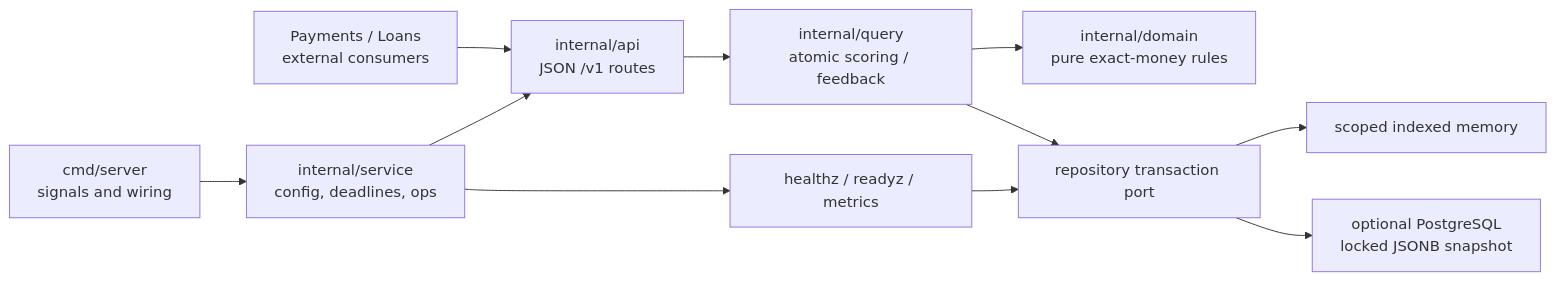
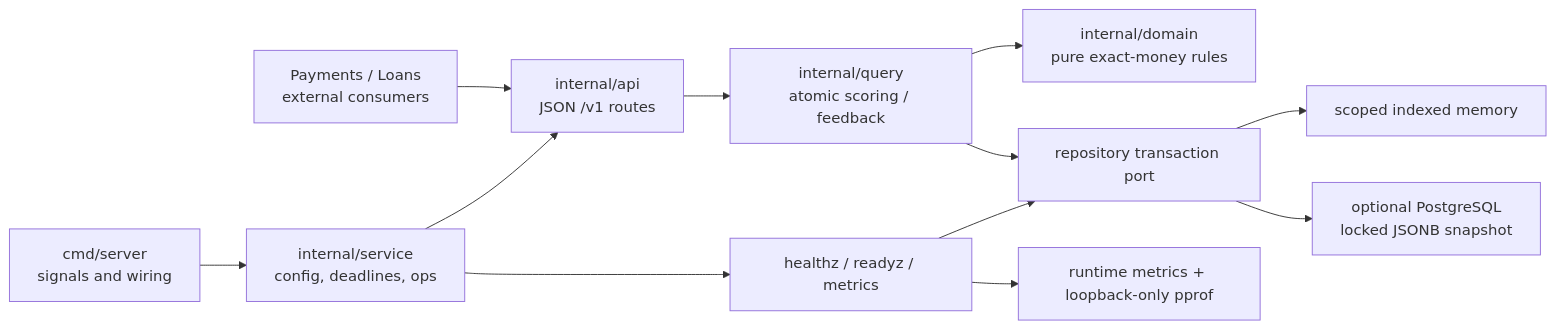
One commit to TuanKietTran/fraud-detection-go changed the diagram in README.md. Above: the diagram before and after it, drawn with Mermaid. The commit also changed other lines of this file and 18 other files, not shown here.

````diff
--- a/README.md
+++ b/README.md
@@ -39,13 +53,14 @@
 ```mermaid
 flowchart LR
   Consumers["Payments / Loans<br/>external consumers"] --> API["internal/api<br/>JSON /v1 routes"]
   Main["cmd/server<br/>signals and wiring"] --> Service["internal/service<br/>config, deadlines, ops"]
   Service --> API
   API --> UseCase["internal/query<br/>atomic scoring / feedback"]
   UseCase --> Domain["internal/domain<br/>pure exact-money rules"]
   UseCase --> Port["repository transaction port"]
   Port --> Memory["scoped indexed memory"]
   Port --> PG["optional PostgreSQL<br/>locked JSONB snapshot"]
   Service --> Ops["healthz / readyz / metrics"]
   Ops --> Port
+  Ops --> Runtime["runtime metrics + loopback-only pprof"]
 ```
````
